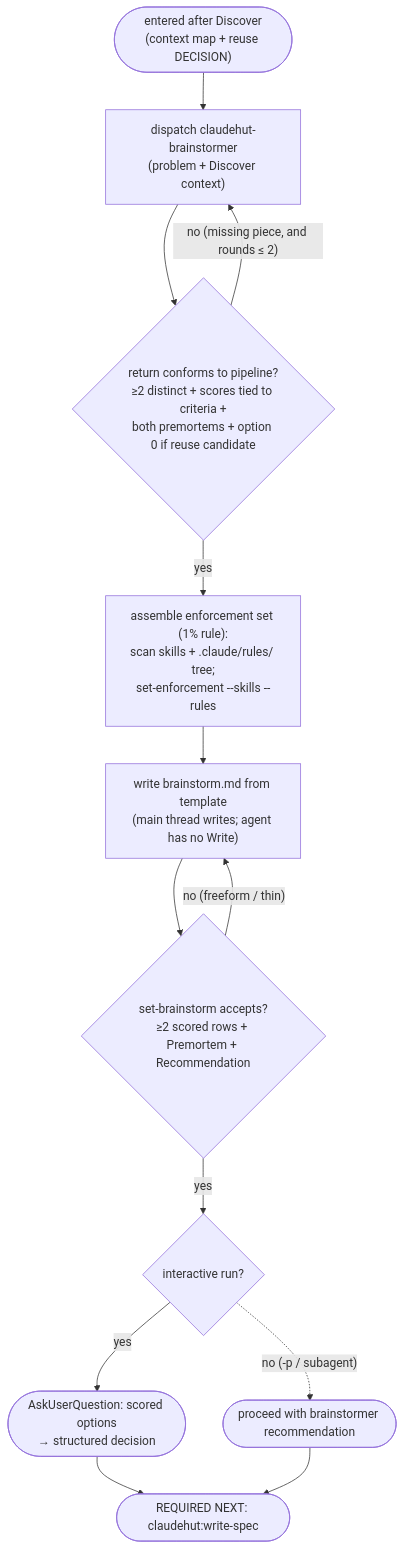
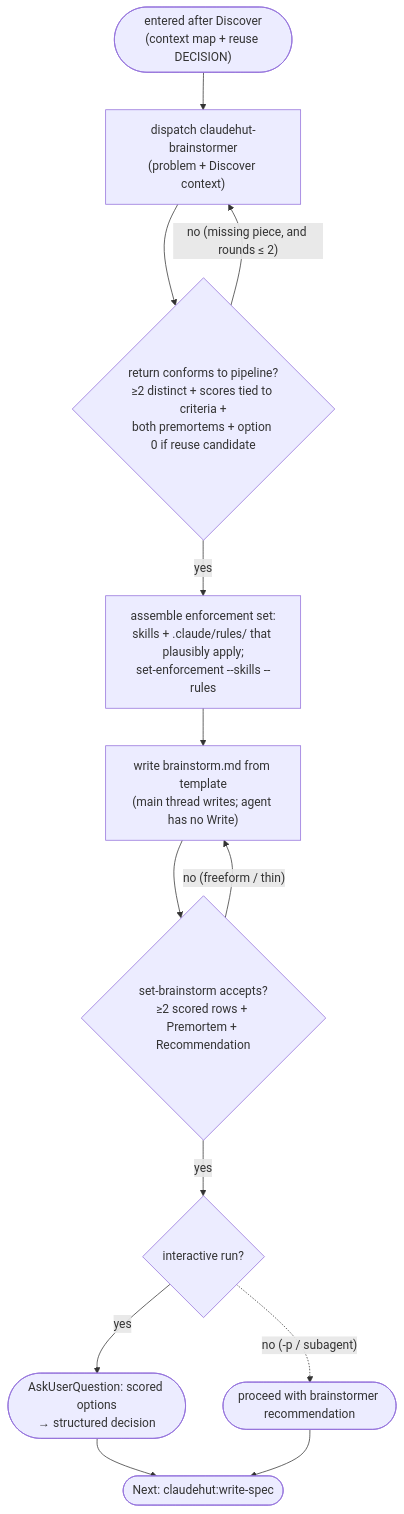
Before and after one commit to taipt1504/claudehut: the diagram in skills/brainstorm/SKILL.md, drawn with Mermaid. The commit also changed other lines of this file and 51 other files, not shown here.

````diff
--- a/skills/brainstorm/SKILL.md
+++ b/skills/brainstorm/SKILL.md
@@ -19,15 +19,15 @@
 ```mermaid
 flowchart TB
     s(["entered after Discover<br/>(context map + reuse DECISION)"]) --> disp["dispatch claudehut-brainstormer<br/>(problem + Discover context)"]
     disp --> val{"return conforms to pipeline?<br/>≥2 distinct + scores tied to criteria +<br/>both premortems + option 0 if reuse candidate"}
     val -- "no (missing piece, and rounds ≤ 2)" --> disp
-    val -- "yes" --> enf["assemble enforcement set (1% rule):<br/>scan skills + .claude/rules/ tree;<br/>set-enforcement --skills --rules"]
+    val -- "yes" --> enf["assemble enforcement set:<br/>skills + .claude/rules/ that plausibly apply;<br/>set-enforcement --skills --rules"]
     enf --> write["write brainstorm.md from template<br/>(main thread writes; agent has no Write)"]
     write --> gate{"set-brainstorm accepts?<br/>≥2 scored rows + Premortem + Recommendation"}
     gate -- "no (freeform / thin)" --> write
     gate -- "yes" --> mode{"interactive run?"}
     mode -- "yes" --> ask(["AskUserQuestion: scored options<br/>→ structured decision"])
     mode -. "no (-p / subagent)" .-> auto(["proceed with brainstormer recommendation"])
-    ask --> nxt(["REQUIRED NEXT: claudehut:write-spec"])
+    ask --> nxt(["Next: claudehut:write-spec"])
     auto --> nxt
 ```
````
